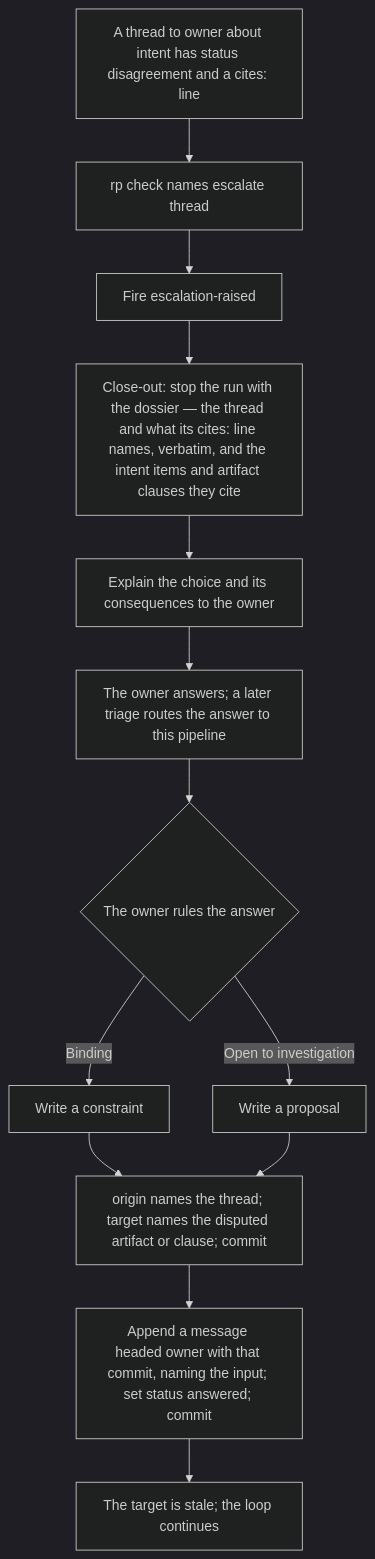
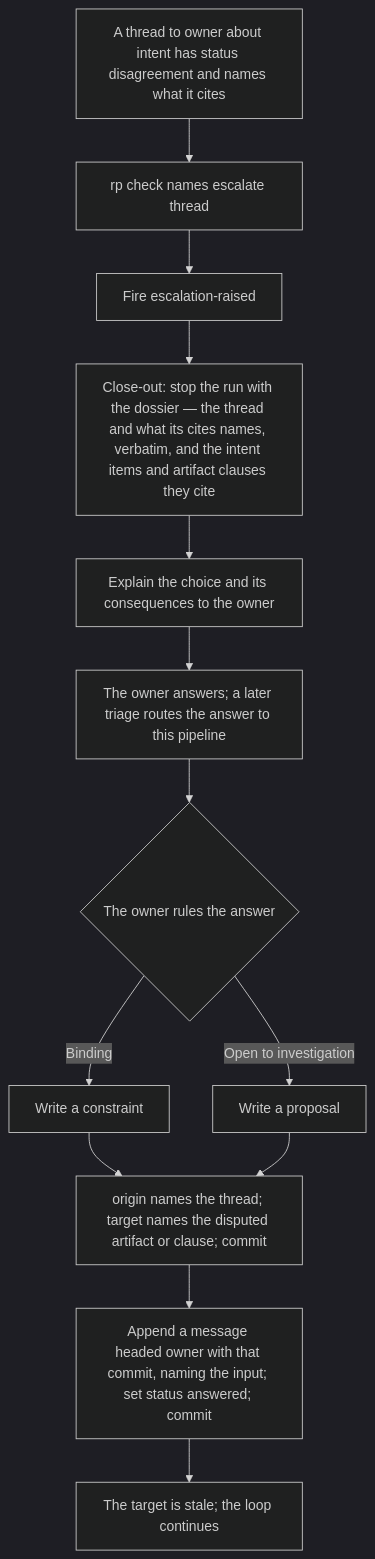
The diagram in docs/flowcharts/escalation.md (Automattic/radical-pipelines), drawn with Mermaid (dark theme) before and after one commit. The commit also changed 20 other files, not shown here.

````diff
--- a/docs/flowcharts/escalation.md
+++ b/docs/flowcharts/escalation.md
@@ -5,15 +5,15 @@
 ```mermaid
 flowchart TD
-    A["A thread to owner about intent has status disagreement and a cites: line"] --> B["rp check names escalate thread"]
+    A["A thread to owner about intent has status disagreement and names what it cites"] --> B["rp check names escalate thread"]
     B --> C["Fire escalation-raised"]
-    C --> D["Close-out: stop the run with the dossier — the thread and what its cites: line names, verbatim, and the intent items and artifact clauses they cite"]
+    C --> D["Close-out: stop the run with the dossier — the thread and what its cites names, verbatim, and the intent items and artifact clauses they cite"]
     D --> E["Explain the choice and its consequences to the owner"]
     E --> F["The owner answers; a later triage routes the answer to this pipeline"]
     F --> G{"The owner rules the answer"}
     G -->|Binding| H["Write a constraint"]
     G -->|Open to investigation| I["Write a proposal"]
     H --> J["origin names the thread; target names the disputed artifact or clause; commit"]
     I --> J
     J --> K["Append a message headed owner with that commit, naming the input; set status answered; commit"]
     K --> L["The target is stale; the loop continues"]
 ```
````
